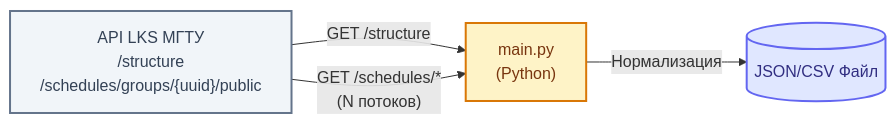
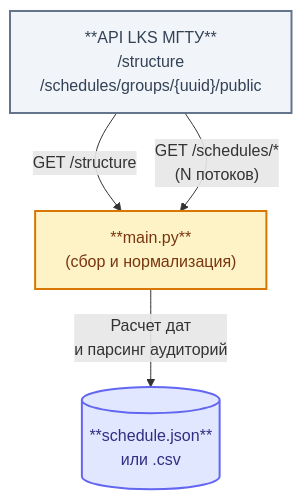
One commit to Digital-SGN/ScheduleParser changed the diagram in README.md. Above: the diagram before and after it, drawn with Mermaid. The commit also changed other lines of this file, not shown here.

````diff
--- a/README.md
+++ b/README.md
@@ -101,18 +101,18 @@
 ```mermaid
-flowchart LR
-    LKS["API LKS МГТУ<br/>/structure<br/>/schedules/groups/{uuid}/public"]
-    Parser["main.py<br/>(Python)"]
-    File[("JSON/CSV Файл")]
+flowchart TD
+    LKS["**API LKS МГТУ**<br/>/structure<br/>/schedules/groups/{uuid}/public"]
+    Parser["**main.py**<br/>(сбор и нормализация)"]
+    File[("**schedule.json**<br/>или .csv")]
 
     LKS -->|"GET /structure"| Parser
     LKS -->|"GET /schedules/*<br/>(N потоков)"| Parser
-    Parser -->|"Нормализация"| File
+    Parser -->|"Расчет дат<br/>и парсинг аудиторий"| File
 
     classDef api fill:#f1f5f9,stroke:#64748b,stroke-width:2px,color:#334155;
     classDef parser fill:#fef3c7,stroke:#d97706,stroke-width:2px,color:#78350f;
     classDef db fill:#e0e7ff,stroke:#6366f1,stroke-width:2px,color:#312e81;
 
     class LKS api;
     class Parser parser;
     class File db;
 ```
````
